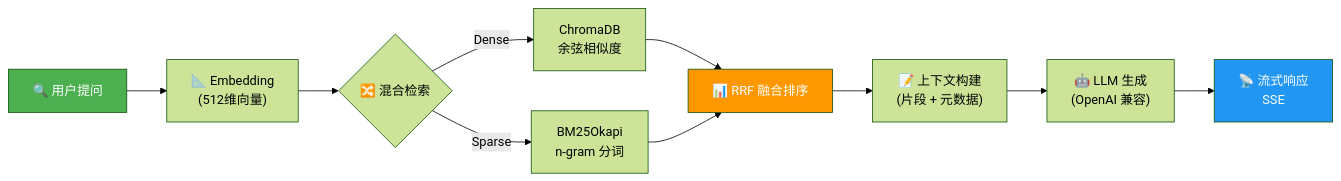
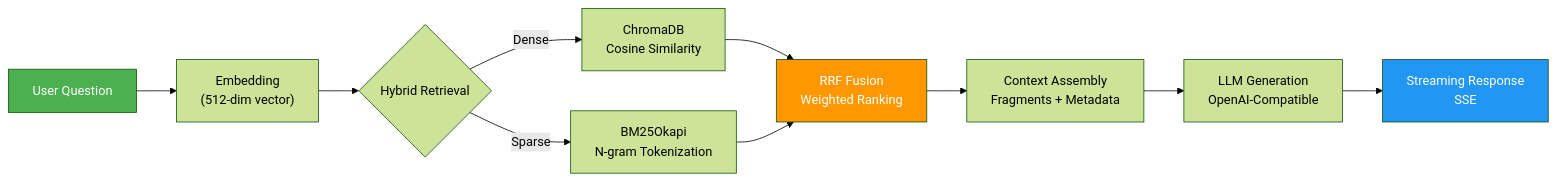
One commit to XUranus/dungeon changed the first of 3 diagrams in docs/docs/rag/overview.mdx. Above: the diagram before and after it, drawn with Mermaid (forest theme). The commit also changed other lines of this file and 75 other files, not shown here.

````diff
--- a/docs/docs/rag/overview.mdx
+++ b/docs/docs/rag/overview.mdx
@@ -31,16 +31,16 @@
 ```mermaid
 flowchart LR
-    A["🔍 用户提问"] --> B["📐 Embedding\n(512维向量)"]
-    B --> C{"🔀 混合检索"}
-    C -->|Dense| D["ChromaDB\n余弦相似度"]
-    C -->|Sparse| E["BM25Okapi\nn-gram 分词"]
-    D --> F["📊 RRF 融合排序"]
+    A["User Question"] --> B["Embedding\n(512-dim vector)"]
+    B --> C{"Hybrid Retrieval"}
+    C -->|Dense| D["ChromaDB\nCosine Similarity"]
+    C -->|Sparse| E["BM25Okapi\nN-gram Tokenization"]
+    D --> F["RRF Fusion\nWeighted Ranking"]
     E --> F
-    F --> G["📝 上下文构建\n(片段 + 元数据)"]
-    G --> H["🤖 LLM 生成\n(OpenAI 兼容)"]
-    H --> I["📡 流式响应\nSSE"]
+    F --> G["Context Assembly\nFragments + Metadata"]
+    G --> H["LLM Generation\nOpenAI-Compatible"]
+    H --> I["Streaming Response\nSSE"]
 
     style A fill:#4CAF50,color:#fff
     style I fill:#2196F3,color:#fff
     style F fill:#FF9800,color:#fff
 ```
````
